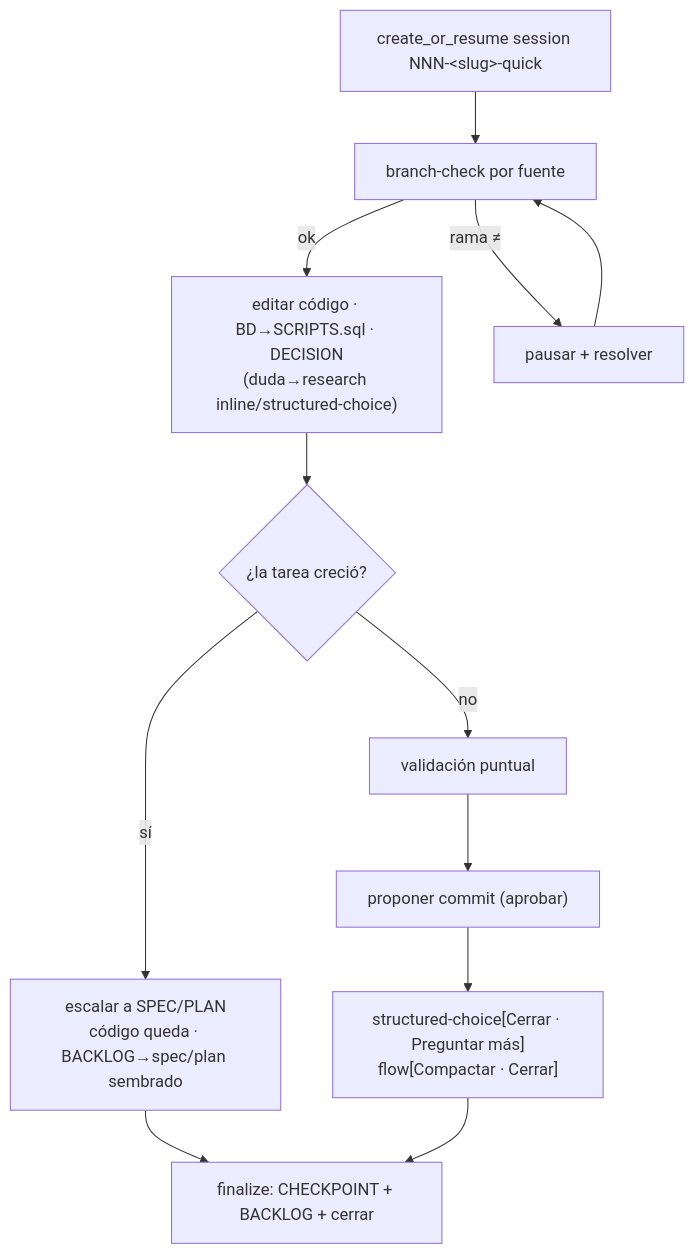
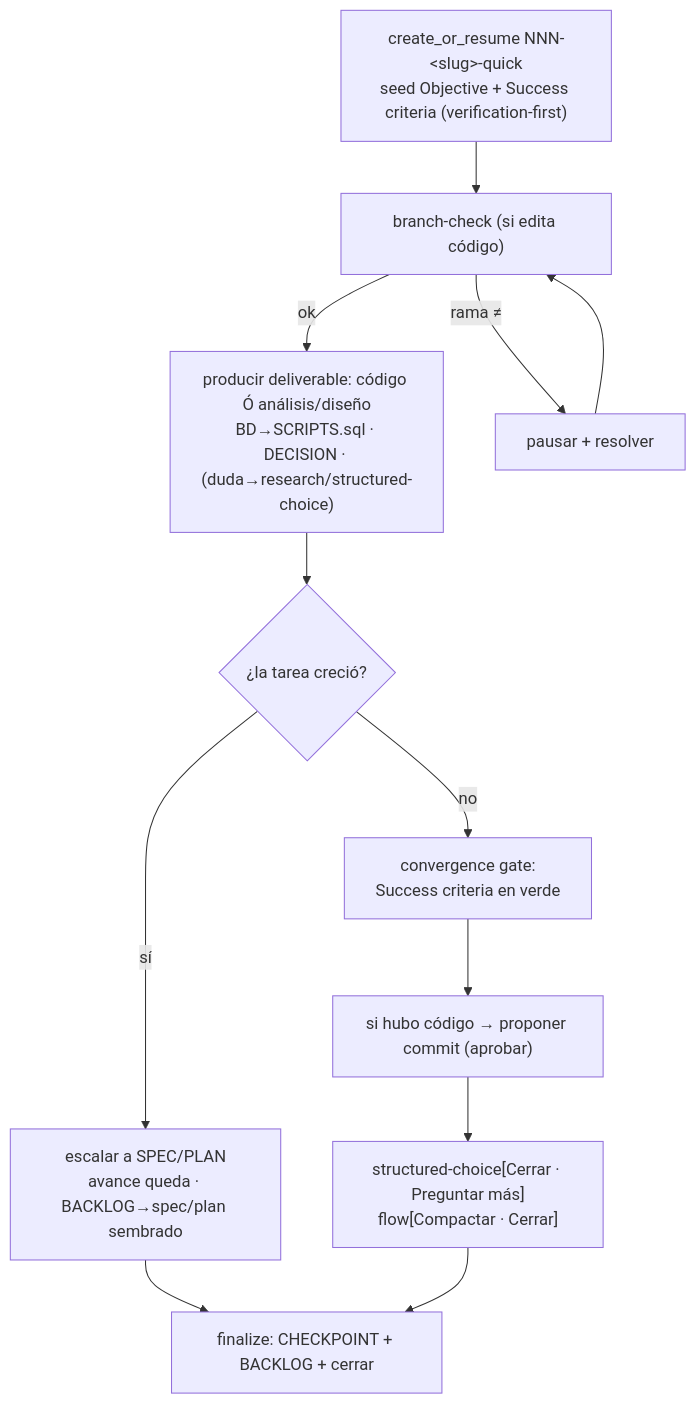
The diagram in skills/w/loops/quick-loop/SKILL.md (Tacuchi/agent-workflow-cli), drawn with Mermaid before and after one commit. The commit also changed other lines of this file and 13 other files, not shown here.

Commit message:
feat: objetivo persistente + verification-first en el chasis de loops (SESSION.Success criteria para todos los tipos, doctrina del bundle, TUI)

````diff
--- a/skills/w/loops/quick-loop/SKILL.md
+++ b/skills/w/loops/quick-loop/SKILL.md
@@ -84,14 +87,14 @@
 ```mermaid
 flowchart TD
-    S["create_or_resume session NNN-&lt;slug&gt;-quick"] --> G["branch-check por fuente"]
-    G -->|ok| DO["editar código · BD→SCRIPTS.sql · DECISION<br/>(duda→research inline/structured-choice)"]
+    S["create_or_resume NNN-&lt;slug&gt;-quick<br/>seed Objective + Success criteria (verification-first)"] --> G["branch-check (si edita código)"]
+    G -->|ok| DO["producir deliverable: código Ó análisis/diseño<br/>BD→SCRIPTS.sql · DECISION · (duda→research/structured-choice)"]
     G -->|rama ≠| PA["pausar + resolver"]
     PA --> G
     DO --> GROW{"¿la tarea creció?"}
-    GROW -->|sí| ESC["escalar a SPEC/PLAN<br/>código queda · BACKLOG→spec/plan sembrado"]
+    GROW -->|sí| ESC["escalar a SPEC/PLAN<br/>avance queda · BACKLOG→spec/plan sembrado"]
     ESC --> FIN
-    GROW -->|no| V["validación puntual"]
-    V --> CM["proponer commit (aprobar)"]
+    GROW -->|no| V["convergence gate:<br/>Success criteria en verde"]
+    V --> CM["si hubo código → proponer commit (aprobar)"]
     CM --> Q["structured-choice[Cerrar · Preguntar más]<br/>flow[Compactar · Cerrar]"]
     Q --> FIN["finalize: CHECKPOINT + BACKLOG + cerrar"]
 ```
````
